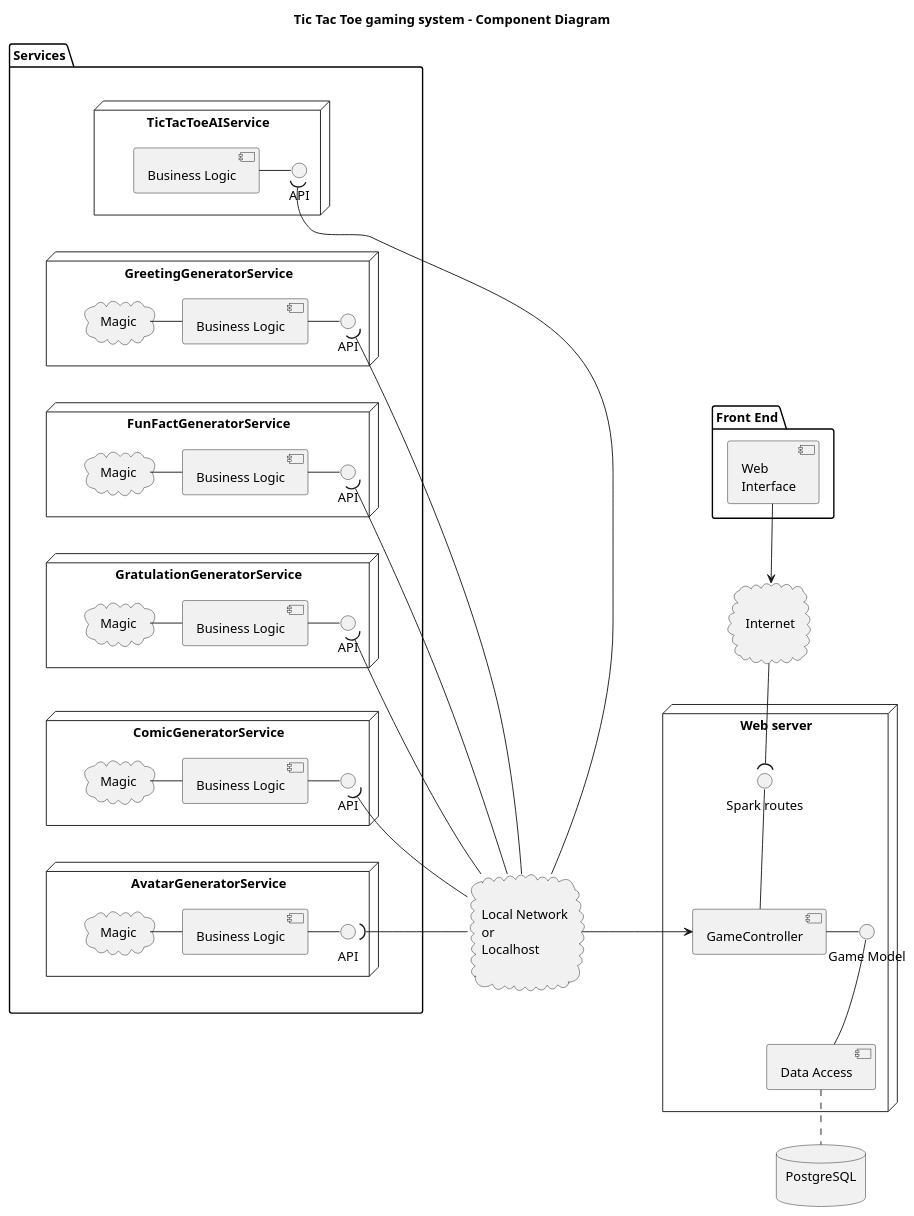
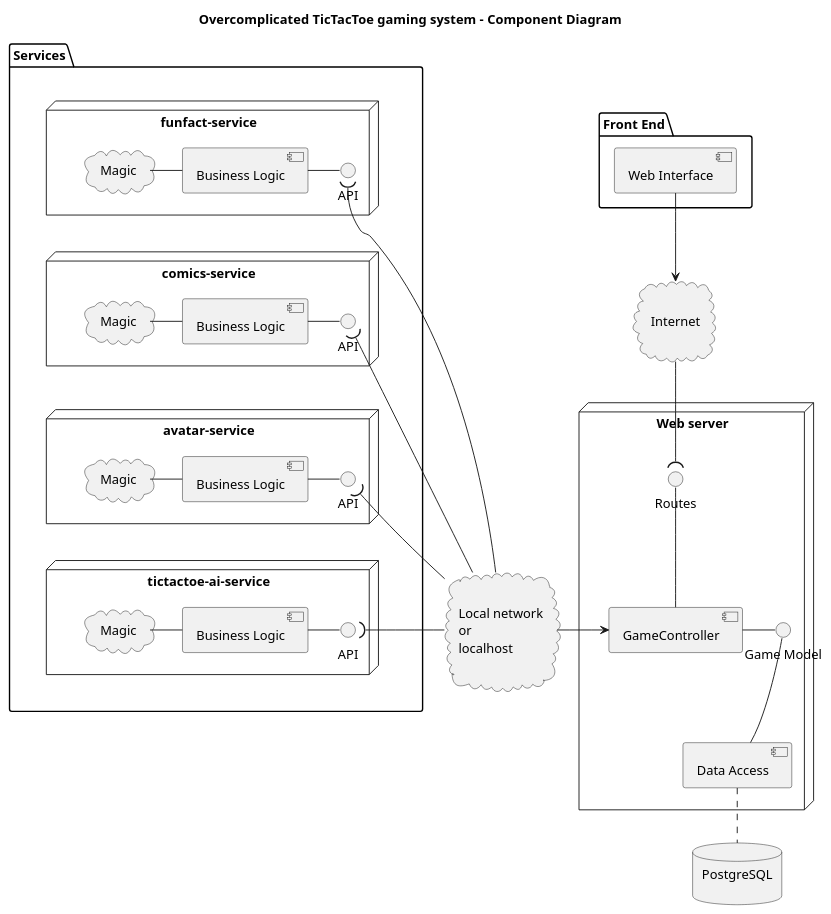
The diagram in overcomplicated-tictactoe/overcomplicated-tictactoe-diagram.plantuml (mhenrik/microservices), drawn with PlantUML before and after one commit. The commit also changed 1 other file, not shown here.

Commit message:
Updated diagram

```diff
--- a/overcomplicated-tictactoe/overcomplicated-tictactoe-diagram.plantuml
+++ b/overcomplicated-tictactoe/overcomplicated-tictactoe-diagram.plantuml
@@ -1,103 +1,79 @@
 @startuml
 
-title Tic Tac Toe gaming system - Component Diagram
+title Overcomplicated TicTacToe gaming system - Component Diagram
 
 package "Front End" {
-    component [Web\nInterface] as GUI
+    component [Web Interface] as GUI
 }
 
-database "PostgreSQL\n" as DB{
+database "PostgreSQL\n" as DB {
 }
 
 cloud "\nInternet\n" as Internet {
 }
 
-cloud "\nLocal Network\nor\nLocalhost\n" as localhost{
+cloud "\nLocal network\nor\nlocalhost\n" as localhost {
 }
 
 node "Web server" as WebServer{
     [GameController]
     [Data Access] as DA
-    interface "Spark routes" as Routes
+    interface "Routes" as Routes
     interface "Game Model" as Game
 }
 
 package "Services" as services{
-
-    node "TicTacToeAIService" as core{
-        interface "API" as CoreAPI
-        [Business Logic] as CoreLogic
-    }
-
-    node "GreetingGeneratorService" as greeting{
-        interface "API" as GreetingAPI
-        [Business Logic] as GreetingLogic
-        cloud "Magic" as GreetingMagic
-    }
-
-    node "FunFactGeneratorService" as funfact{
+    node "funfact-service" as funfact {
         interface "API" as FunFactAPI
         [Business Logic] as FunFactLogic
         cloud "Magic" as FunFactMagic
     }
-
-    node "GratulationGeneratorService" as gratulation{
-        interface "API" as GratulationAPI
-        [Business Logic] as GratulationLogic
-        cloud "Magic" as GratulationMagic
-    }
-
-    node "ComicGeneratorService" as comic{
+    node "comics-service" as comic {
         interface "API" as ComicAPI
         [Business Logic] as ComicLogic
         cloud "Magic" as ComicMagic
     }
-
-    node "AvatarGeneratorService" as avatar{
+    node "avatar-service" as avatar {
         interface "API" as AvatarAPI
         [Business Logic] as AvatarLogic
         cloud "Magic" as AvatarMagic
+    }
+    node "tictactoe-ai-service" as ai {
+        interface "API" as aiAPI
+        [Business Logic] as aiLogic
+        cloud "Magic" as aiMagic
     }
 }
 
 WebServer -[hidden]left- services
 localhost -[hidden]left- WebServer
-core -[hidden]down- greeting
-greeting -[hidden]down- funfact
-funfact -[hidden]down- gratulation
-gratulation -[hidden]down- comic
+funfact -[hidden]down- comic
 comic -[hidden]down- avatar
+avatar -[hidden]down- ai
 
 GUI -down-> Internet
 Internet -down-( Routes
 GameController -up- Routes
 GameController <-left- localhost
 
-localhost -left-( CoreAPI
-CoreAPI -left- CoreLogic
-
-localhost -left-( GreetingAPI
-GreetingAPI -left- GreetingLogic
-GreetingLogic -left- GreetingMagic
-
 localhost -left-( FunFactAPI
 FunFactAPI -left- FunFactLogic
 FunFactLogic -left- FunFactMagic
-
-localhost -left-( GratulationAPI
-GratulationAPI -left- GratulationLogic
-GratulationLogic -left- GratulationMagic
 
 localhost -left-( ComicAPI
 ComicAPI -left- ComicLogic
 ComicLogic -left- ComicMagic
 
 localhost -left-( AvatarAPI
 AvatarAPI -left- AvatarLogic
 AvatarLogic -left- AvatarMagic
 
+localhost -left-( aiAPI
+aiAPI -left- aiLogic
+aiLogic -left- aiMagic
+
 DA -up- Game
 GameController -right- Game
 DA .. DB
 
 @enduml
```
